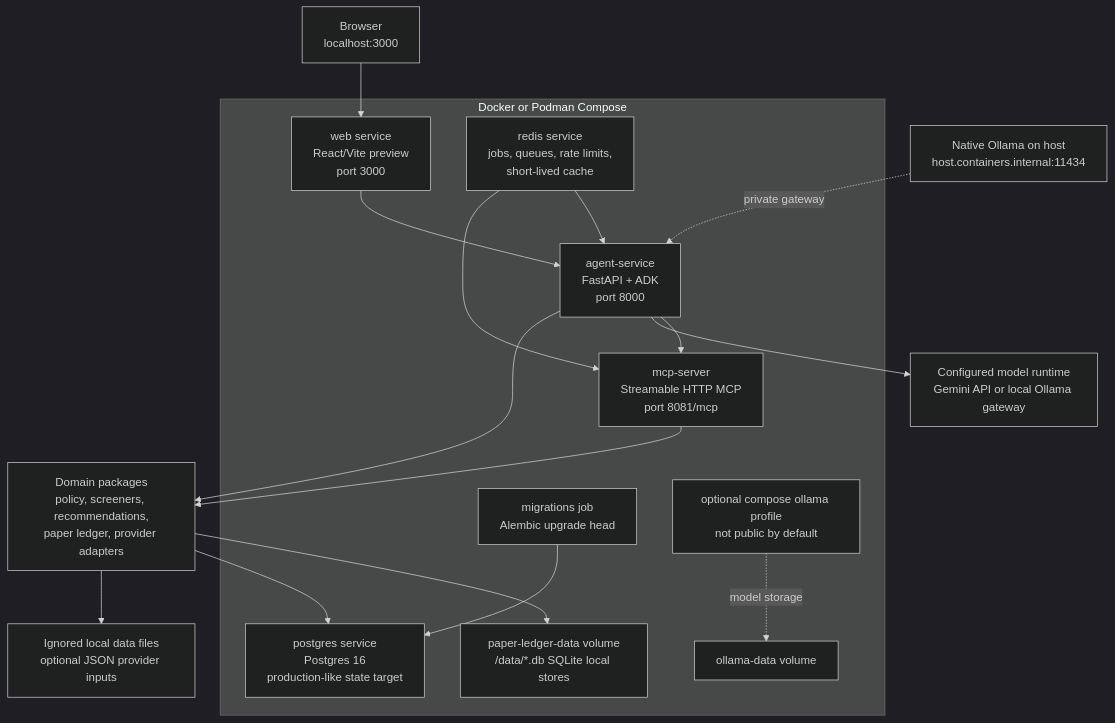
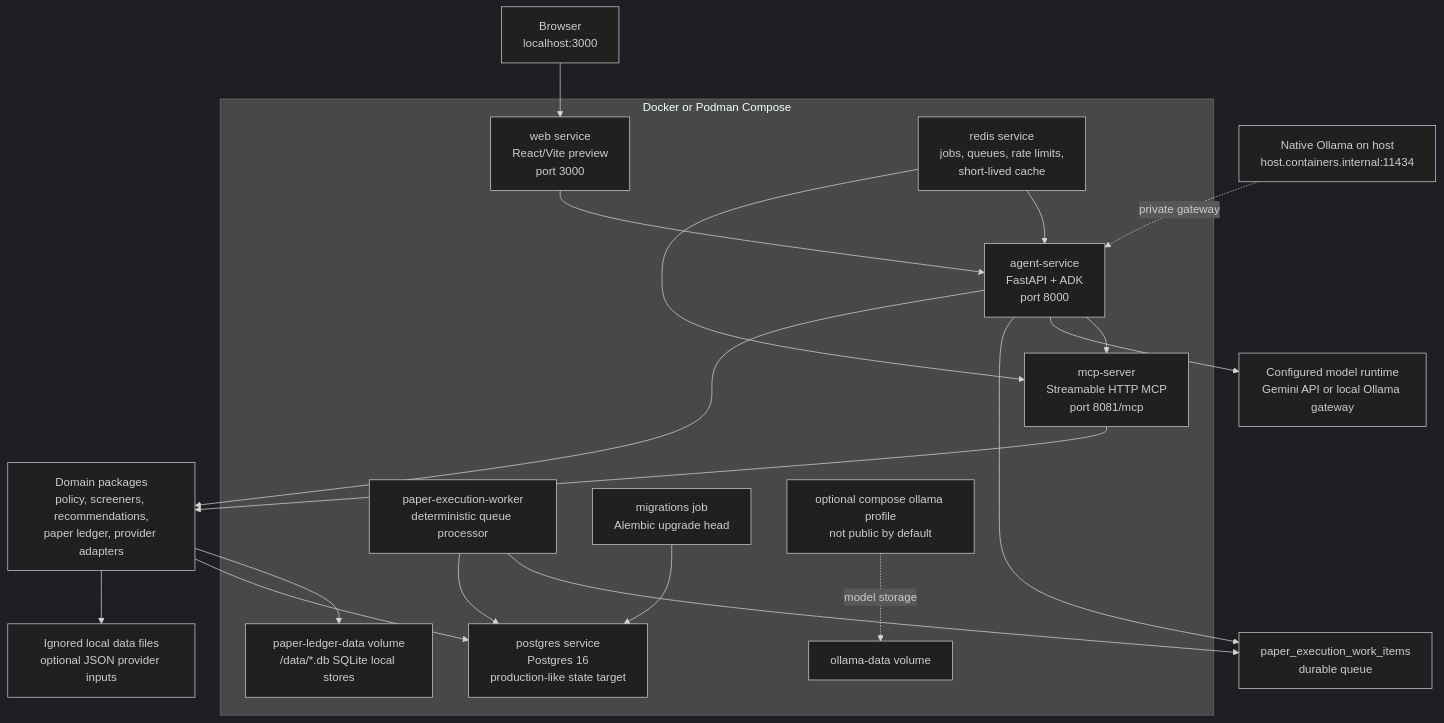
The second of 2 diagrams in README.md (vinay-raghavan/portfolio-management-agentic), drawn with Mermaid (dark theme) before and after one commit. The commit also changed other lines of this file and 12 other files, not shown here.

Commit message:
Deploy paper execution worker runner (#92)

````diff
--- a/README.md
+++ b/README.md
@@ -219,29 +221,33 @@
 ```mermaid
 flowchart TB
     Browser["Browser<br/>localhost:3000"] --> Web["web service<br/>React/Vite preview<br/>port 3000"]
     Web --> Agent["agent-service<br/>FastAPI + ADK<br/>port 8000"]
     Agent --> MCP["mcp-server<br/>Streamable HTTP MCP<br/>port 8081/mcp"]
     Agent --> Model["Configured model runtime<br/>Gemini API or local Ollama gateway"]
+    Agent --> PaperQueue["paper_execution_work_items<br/>durable queue"]
+    PaperWorker["paper-execution-worker<br/>deterministic queue processor"] --> PaperQueue
+    PaperWorker --> Postgres
     MCP --> Domain["Domain packages<br/>policy, screeners, recommendations,<br/>paper ledger, provider adapters"]
     Agent --> Domain
     Domain --> Volume["paper-ledger-data volume<br/>/data/*.db SQLite local stores"]
     Domain --> Postgres["postgres service<br/>Postgres 16<br/>production-like state target"]
     Migrations["migrations job<br/>Alembic upgrade head"] --> Postgres
     Redis["redis service<br/>jobs, queues, rate limits,<br/>short-lived cache"] --> Agent
     Redis --> MCP
     Domain --> LocalData["Ignored local data files<br/>optional JSON provider inputs"]
     NativeOllama["Native Ollama on host<br/>host.containers.internal:11434"] -. "private gateway" .-> Agent
     OllamaProfile["optional compose ollama profile<br/>not public by default"] -. "model storage" .-> OllamaVolume["ollama-data volume"]
 
     subgraph Compose["Docker or Podman Compose"]
         Web
         Agent
+        PaperWorker
         MCP
         Migrations
         Redis
         Volume
         Postgres
         OllamaProfile
         OllamaVolume
     end
 ```
````
